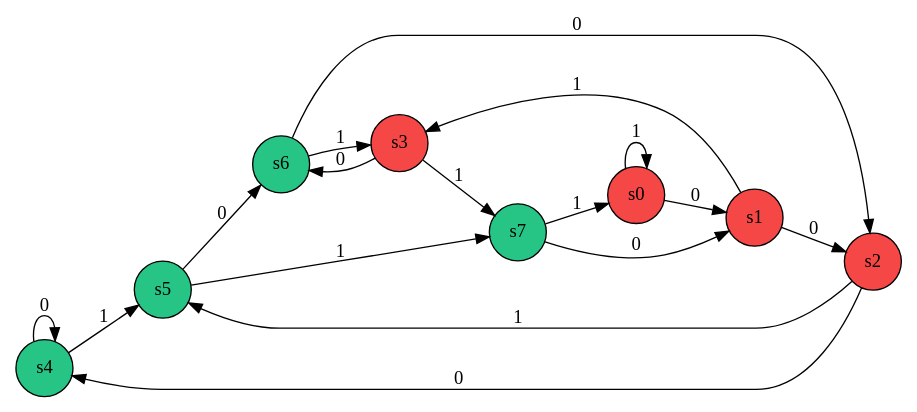
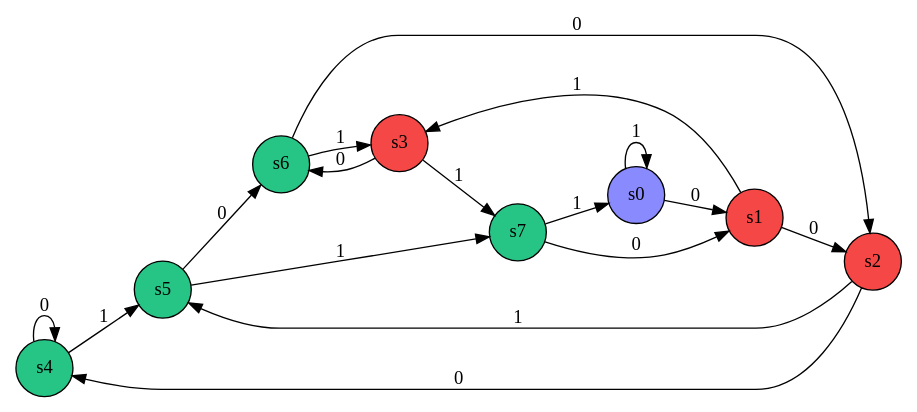
One commit to virtualmonkey/expresiones-regulares changed the diagram in graphs/directDFA.gv. Above: the diagram before and after it, drawn with Graphviz. The commit also changed 12 other files, not shown here.

Commit message:
[graphics] - Added color identifiers for each type of state

```diff
--- a/graphs/directDFA.gv
+++ b/graphs/directDFA.gv
@@ -1,25 +1,27 @@
 digraph "DFA by direct method" {
 	rankdir=LR size=10
 	node [fillcolor="#26C485" shape=circle style=filled]
 	s4
 	s5
 	s6
 	s7
+	node [fillcolor="#8a8aff" shape=circle style=filled]
+	s0
 	node [fillcolor="#f64747" shape=circle style=filled]
 	s0 -> s1 [label=0]
 	s0 -> s0 [label=1]
 	s1 -> s2 [label=0]
 	s1 -> s3 [label=1]
 	s2 -> s4 [label=0]
 	s2 -> s5 [label=1]
 	s3 -> s6 [label=0]
 	s3 -> s7 [label=1]
 	s4 -> s4 [label=0]
 	s4 -> s5 [label=1]
 	s5 -> s6 [label=0]
 	s5 -> s7 [label=1]
 	s6 -> s2 [label=0]
 	s6 -> s3 [label=1]
 	s7 -> s1 [label=0]
 	s7 -> s0 [label=1]
 }
```
